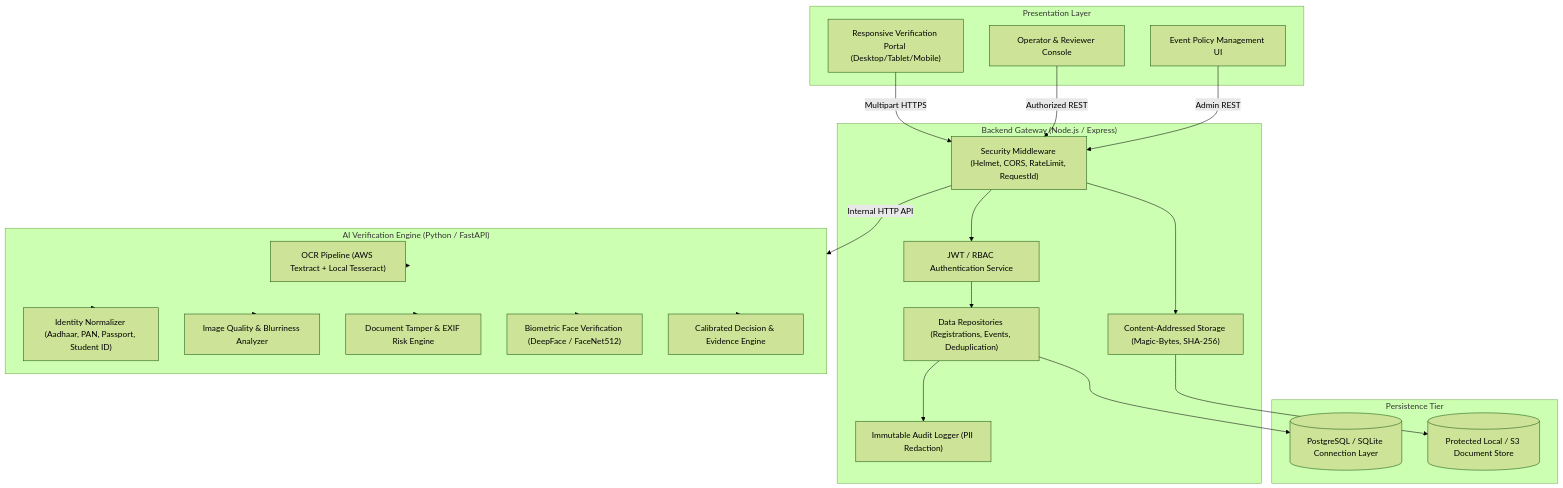
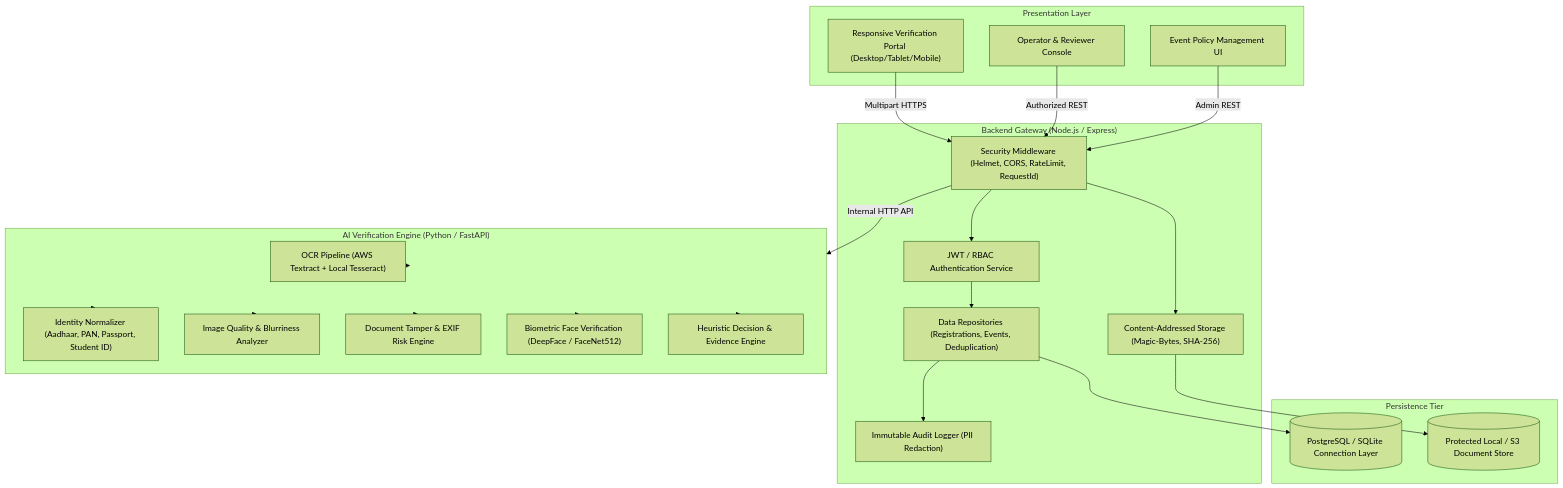
Before and after one commit to Soumyajit-2808/ai-identity-verification: the diagram in README.md, drawn with Mermaid (forest theme). The commit also changed other lines of this file and 29 other files, not shown here.

````diff
--- a/README.md
+++ b/README.md
@@ -17,49 +17,49 @@
 ```mermaid
 flowchart TD
     subgraph Clients["Presentation Layer"]
         WebPortal["Responsive Verification Portal (Desktop/Tablet/Mobile)"]
         ReviewQueue["Operator & Reviewer Console"]
         ConfigEditor["Event Policy Management UI"]
     end
 
     subgraph Gateway["Backend Gateway (Node.js / Express)"]
         MW["Security Middleware (Helmet, CORS, RateLimit, RequestId)"]
         Auth["JWT / RBAC Authentication Service"]
         Storage["Content-Addressed Storage (Magic-Bytes, SHA-256)"]
         Audit["Immutable Audit Logger (PII Redaction)"]
         Repo["Data Repositories (Registrations, Events, Deduplication)"]
     end
 
     subgraph AIService["AI Verification Engine (Python / FastAPI)"]
         OCRPipeline["OCR Pipeline (AWS Textract + Local Tesseract)"]
         Normalizer["Identity Normalizer (Aadhaar, PAN, Passport, Student ID)"]
         QualityAnalyzer["Image Quality & Blurriness Analyzer"]
         TamperAnalyzer["Document Tamper & EXIF Risk Engine"]
         FaceEngine["Biometric Face Verification (DeepFace / FaceNet512)"]
-        DecisionEngine["Calibrated Decision & Evidence Engine"]
+        DecisionEngine["Heuristic Decision & Evidence Engine"]
     end
 
     subgraph DataPersistence["Persistence Tier"]
         DB[(PostgreSQL / SQLite Connection Layer)]
         BlobStorage[("Protected Local / S3 Document Store")]
     end
 
     WebPortal -->|Multipart HTTPS| MW
     ReviewQueue -->|Authorized REST| MW
     ConfigEditor -->|Admin REST| MW
 
     MW --> Auth
     Auth --> Repo
     Repo --> DB
     MW --> Storage
     Storage --> BlobStorage
     Repo --> Audit
 
     MW -->|Internal HTTP API| AIService
     AIService --> OCRPipeline
     AIService --> Normalizer
     AIService --> QualityAnalyzer
     AIService --> TamperAnalyzer
     AIService --> FaceEngine
     AIService --> DecisionEngine
 ```
````
